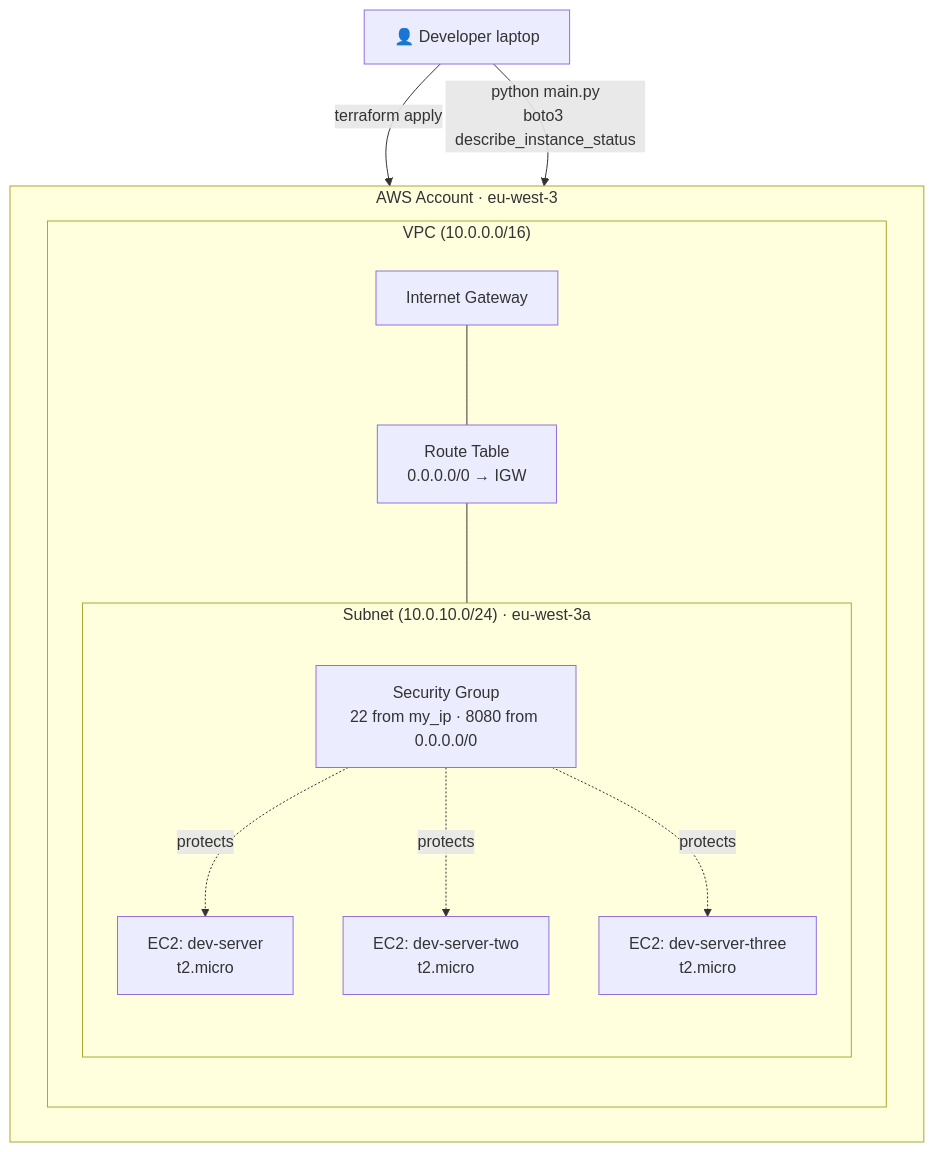
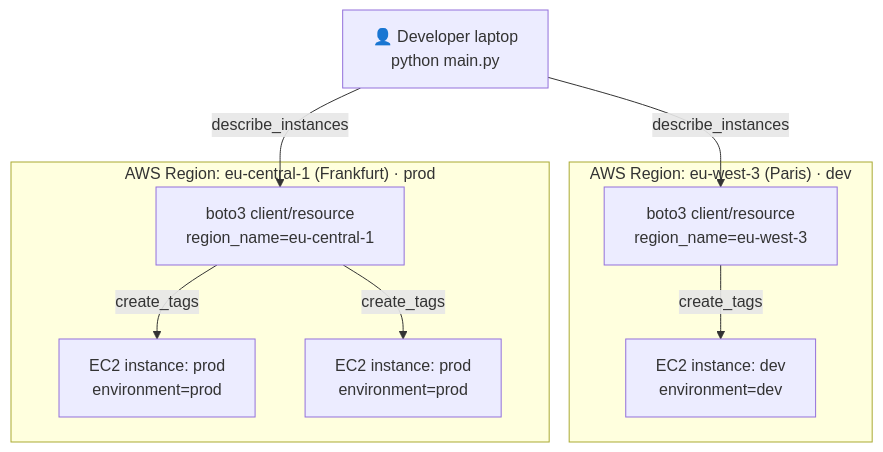
Before and after one commit to mustafa-saleh/website-monitoring-and-recovery-with-python: the diagram in README.md, drawn with Mermaid. The commit also changed other lines of this file and 11 other files, not shown here.

Commit message:
Automate configuring EC2 Server Instances with Python

````diff
--- a/README.md
+++ b/README.md
@@ -63,20 +52,21 @@
 ```mermaid
 flowchart TB
-    subgraph AWS["AWS Account · eu-west-3"]
-        subgraph VPC["VPC (10.0.0.0/16)"]
-            IGW[Internet Gateway]
-            RT[Route Table<br/>0.0.0.0/0 → IGW]
-            subgraph Subnet["Subnet (10.0.10.0/24) · eu-west-3a"]
-                SG[Security Group<br/>22 from my_ip · 8080 from 0.0.0.0/0]
-                EC2A[EC2: dev-server<br/>t2.micro]
-                EC2B[EC2: dev-server-two<br/>t2.micro]
-                EC2C[EC2: dev-server-three<br/>t2.micro]
-            end
-        end
+    Dev[👤 Developer laptop<br/>python main.py]
+
+    subgraph Paris["AWS Region: eu-west-3 (Paris) · dev"]
+        ClientParis[boto3 client/resource<br/>region_name=eu-west-3]
+        EC2Dev[EC2 instance: dev<br/>environment=dev]
     end
 
-    Dev[👤 Developer laptop] -- terraform apply --> AWS
-    Dev -- python main.py<br/>boto3 describe_instance_status --> AWS
-    IGW --- RT --- Subnet
-    SG -.protects.-> EC2A & EC2B & EC2C
+    subgraph Frankfurt["AWS Region: eu-central-1 (Frankfurt) · prod"]
+        ClientFrankfurt[boto3 client/resource<br/>region_name=eu-central-1]
+        EC2Prod1[EC2 instance: prod<br/>environment=prod]
+        EC2Prod2[EC2 instance: prod<br/>environment=prod]
+    end
+
+    Dev -- describe_instances --> ClientParis
+    Dev -- describe_instances --> ClientFrankfurt
+    ClientParis -- create_tags --> EC2Dev
+    ClientFrankfurt -- create_tags --> EC2Prod1
+    ClientFrankfurt -- create_tags --> EC2Prod2
 ```
````
